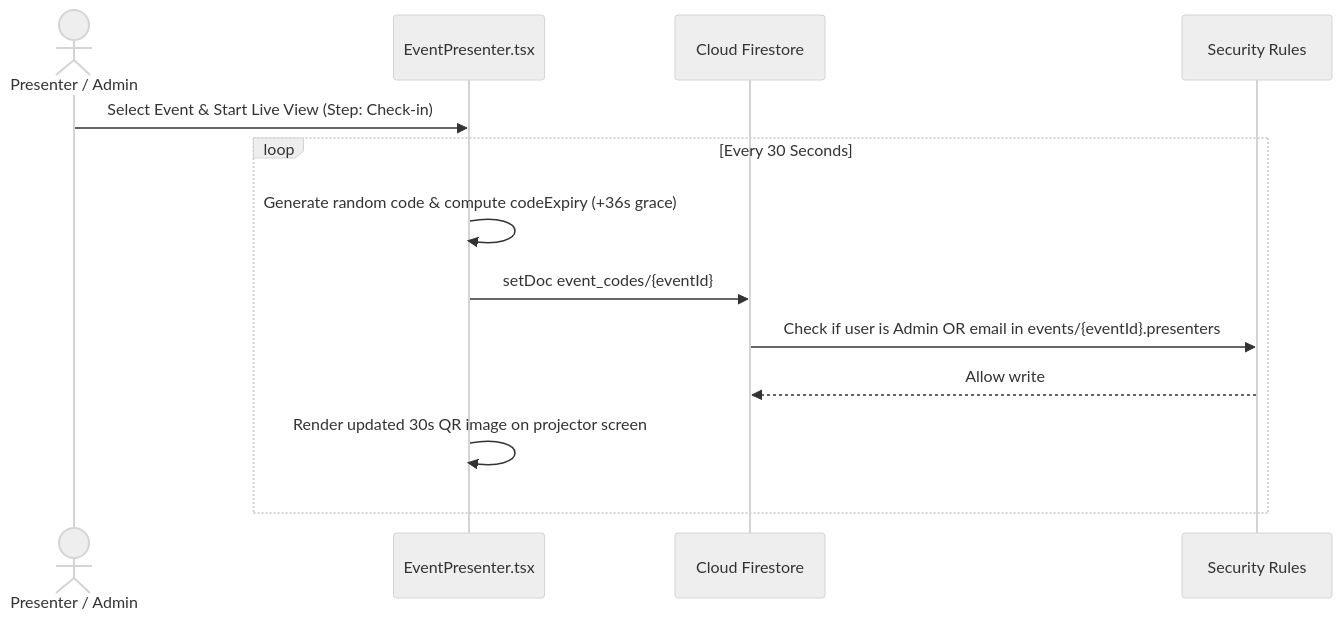
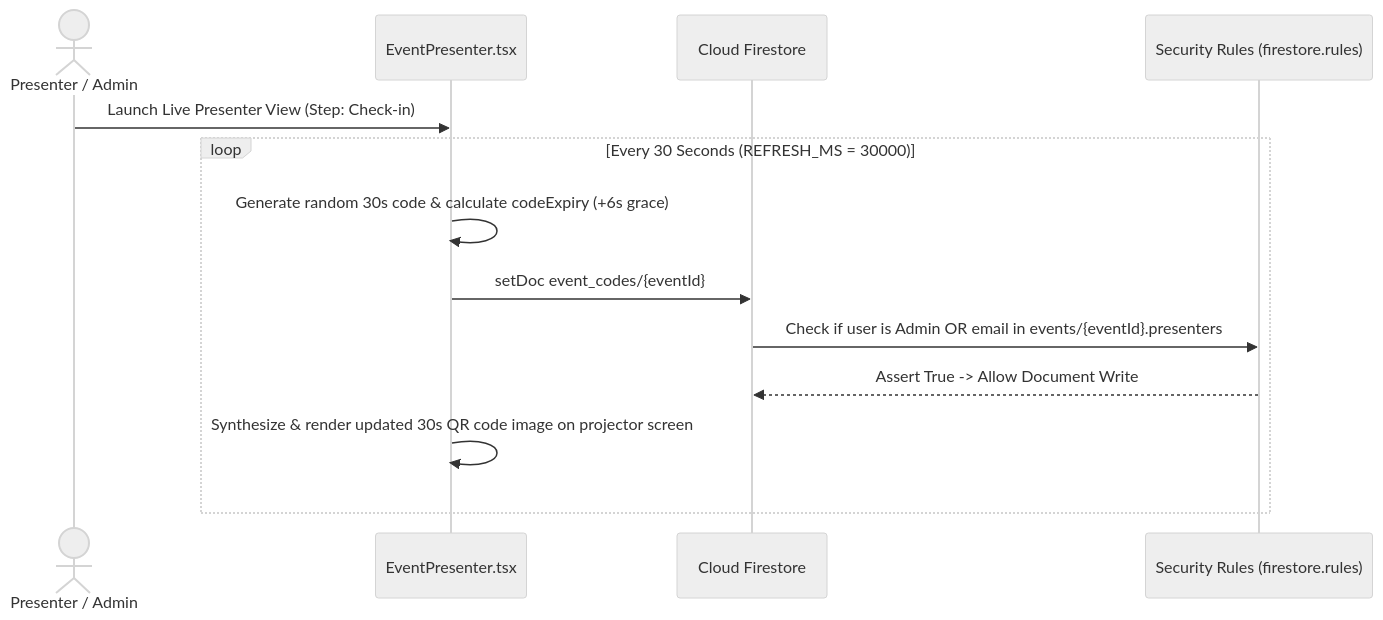
Before and after one commit to SooYM/QIU-Industry-Webapp: the third of 6 diagrams in webapp/docs/SOFTWARE_DOCUMENTATION.md, drawn with Mermaid (neutral theme). The commit also changed other lines of this file and 5 other files, not shown here.

````diff
--- a/webapp/docs/SOFTWARE_DOCUMENTATION.md
+++ b/webapp/docs/SOFTWARE_DOCUMENTATION.md
@@ -388,16 +199,16 @@
 ```mermaid
 sequenceDiagram
     actor Presenter as Presenter / Admin
     participant View as EventPresenter.tsx
     participant DB as Cloud Firestore
-    participant Rules as Security Rules
+    participant Rules as Security Rules (firestore.rules)
 
-    Presenter->>View: Select Event & Start Live View (Step: Check-in)
-    loop Every 30 Seconds
-        View->>View: Generate random code & compute codeExpiry (+36s grace)
+    Presenter->>View: Launch Live Presenter View (Step: Check-in)
+    loop Every 30 Seconds (REFRESH_MS = 30000)
+        View->>View: Generate random 30s code & calculate codeExpiry (+6s grace)
         View->>DB: setDoc event_codes/{eventId}
         DB->>Rules: Check if user is Admin OR email in events/{eventId}.presenters
-        Rules-->>DB: Allow write
-        View->>View: Render updated 30s QR image on projector screen
+        Rules-->>DB: Assert True -> Allow Document Write
+        View->>View: Synthesize & render updated 30s QR code image on projector screen
     end
 ```
````
